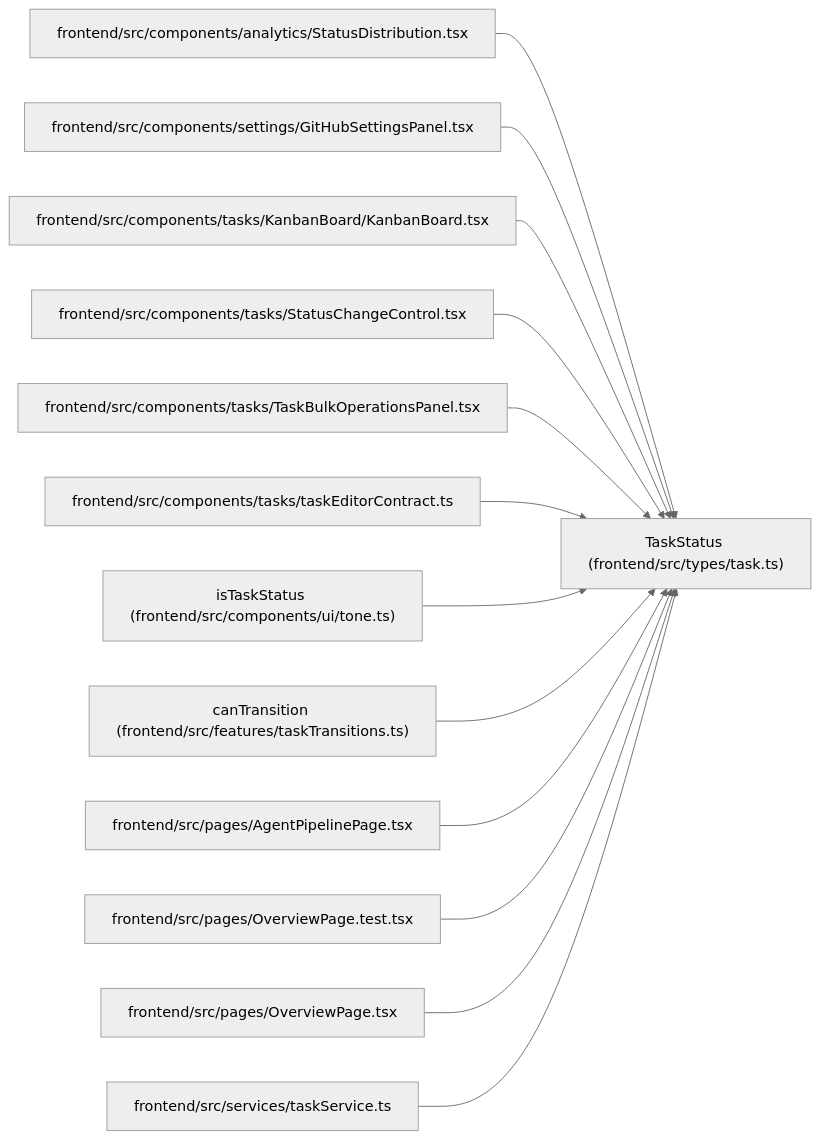
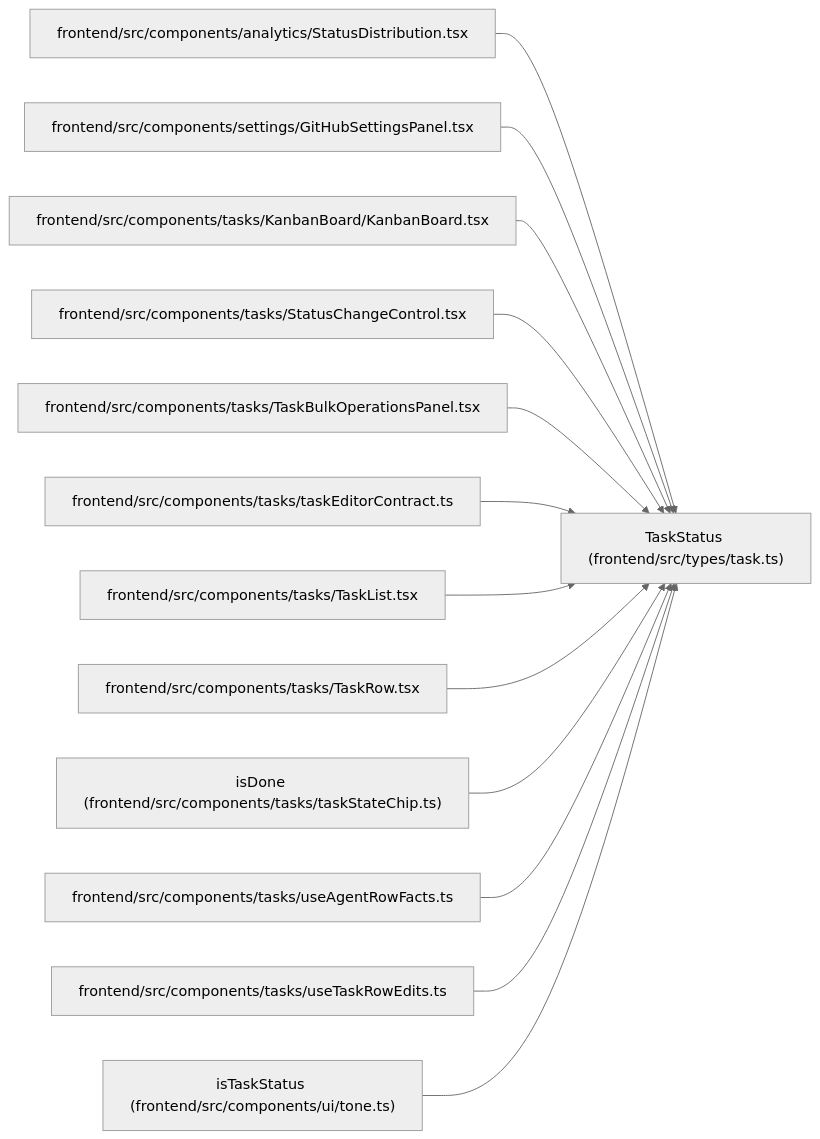
One commit to Denissvgn/WorkChord changed the diagram in docs/llm_wiki/entities/types_task_TaskStatus.md. Above: the diagram before and after it, drawn with Mermaid (neutral theme). The commit also changed other lines of this file and 2373 other files, not shown here.

````diff
--- a/docs/llm_wiki/entities/types_task_TaskStatus.md
+++ b/docs/llm_wiki/entities/types_task_TaskStatus.md
@@ -28,41 +28,41 @@
 ```mermaid
 flowchart LR
     n0["TaskStatus (frontend/src/types/task.ts)"]
     n1["frontend/src/components/analytics/StatusDistribution.tsx"]
     n2["frontend/src/components/settings/GitHubSettingsPanel.tsx"]
     n3["frontend/src/components/tasks/KanbanBoard/KanbanBoard.tsx"]
     n4["frontend/src/components/tasks/StatusChangeControl.tsx"]
     n5["frontend/src/components/tasks/TaskBulkOperationsPanel.tsx"]
     n6["frontend/src/components/tasks/taskEditorContract.ts"]
-    n7["isTaskStatus (frontend/src/components/ui/tone.ts)"]
-    n8["canTransition (frontend/src/features/taskTransitions.ts)"]
-    n9["frontend/src/pages/AgentPipelinePage.tsx"]
-    n10["frontend/src/pages/OverviewPage.test.tsx"]
-    n11["frontend/src/pages/OverviewPage.tsx"]
-    n12["frontend/src/services/taskService.ts"]
+    n7["frontend/src/components/tasks/TaskList.tsx"]
+    n8["frontend/src/components/tasks/TaskRow.tsx"]
+    n9["isDone (frontend/src/components/tasks/taskStateChip.ts)"]
+    n10["frontend/src/components/tasks/useAgentRowFacts.ts"]
+    n11["frontend/src/components/tasks/useTaskRowEdits.ts"]
+    n12["isTaskStatus (frontend/src/components/ui/tone.ts)"]
     n1 --> n0
     n2 --> n0
     n3 --> n0
     n4 --> n0
     n5 --> n0
     n6 --> n0
     n7 --> n0
     n8 --> n0
     n9 --> n0
     n10 --> n0
     n11 --> n0
     n12 --> n0
     click n0 "../modules/types_task.md"
     click n1 "../modules/StatusDistribution.md"
     click n2 "../modules/GitHubSettingsPanel.md"
     click n3 "../modules/KanbanBoard.md"
     click n4 "../modules/StatusChangeControl.md"
     click n5 "../modules/TaskBulkOperationsPanel.md"
     click n6 "../modules/taskEditorContract.md"
-    click n7 "../modules/tone.md"
-    click n8 "../modules/taskTransitions.md"
-    click n9 "../modules/AgentPipelinePage.md"
-    click n10 "../modules/OverviewPage.test.md"
-    click n11 "../modules/OverviewPage.md"
-    click n12 "../modules/taskService.md"
+    click n7 "../modules/TaskList.md"
+    click n8 "../modules/TaskRow.md"
+    click n9 "../modules/taskStateChip.md"
+    click n10 "../modules/useAgentRowFacts.md"
+    click n11 "../modules/useTaskRowEdits.md"
+    click n12 "../modules/tone.md"
 ```
````
